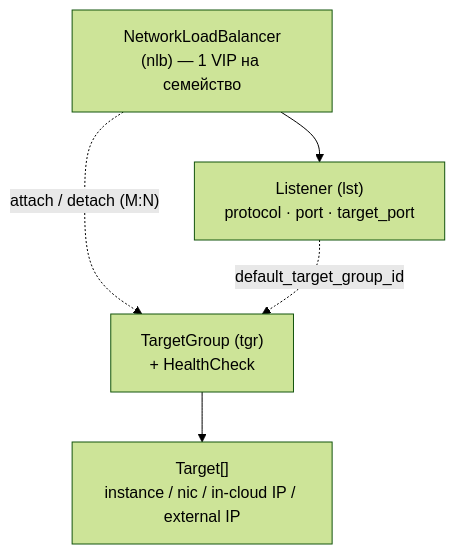
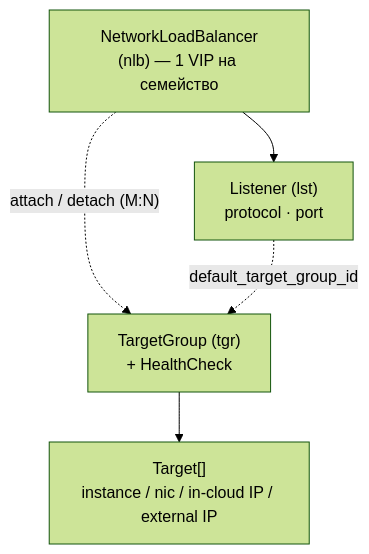
Before and after one commit to PRO-Robotech/kacho: the first of 2 diagrams in services/nlb/docs/content/intro.mdx, drawn with Mermaid (forest theme). The commit also changed 61 other files, not shown here.

````diff
--- a/services/nlb/docs/content/intro.mdx
+++ b/services/nlb/docs/content/intro.mdx
@@ -93,12 +93,12 @@
 ```mermaid
 flowchart TD
   lb["NetworkLoadBalancer<br/>(nlb) — 1 VIP на семейство"]
-  lst["Listener (lst)<br/>protocol · port · target_port"]
+  lst["Listener (lst)<br/>protocol · port"]
   tg["TargetGroup (tgr)<br/>+ HealthCheck"]
   tgt["Target[]<br/>instance / nic / in-cloud IP / external IP"]
 
   lb --> lst
   lb -. "attach / detach (M:N)" .-> tg
   tg --> tgt
   lst -. "default_target_group_id" .-> tg
 ```
````
